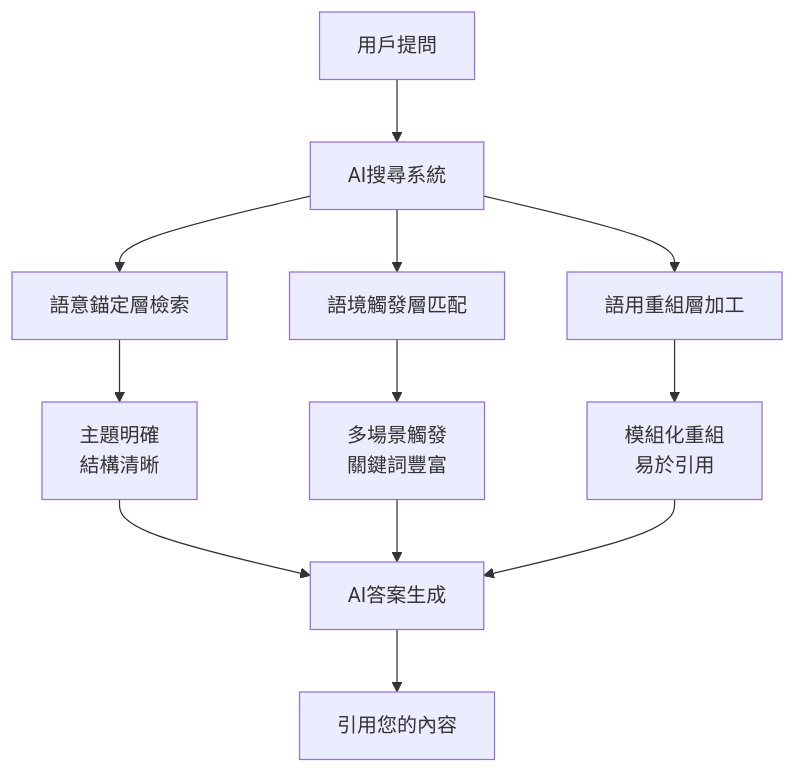
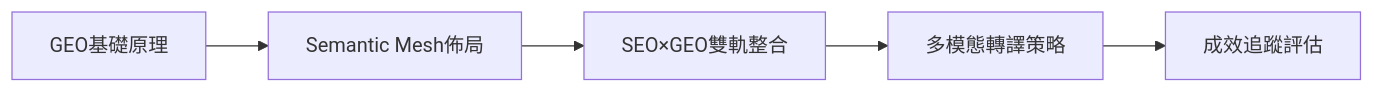
The diagram in README.md (bless25min/AIOGEO-Knowledge), drawn with Mermaid before and after one commit. The commit also changed other lines of this file, not shown here.

````diff
--- a/README.md
+++ b/README.md
@@ -43,17 +58,7 @@
 ```mermaid
-graph TB
-    A[用戶提問] --> B[AI搜尋系統]
-    B --> C[語意錨定層檢索]
-    B --> D[語境觸發層匹配]  
-    B --> E[語用重組層加工]
-    
-    C --> C1[主題明確<br/>結構清晰]
-    D --> D1[多場景觸發<br/>關鍵詞豐富]
-    E --> E1[模組化重組<br/>易於引用]
-    
-    C1 --> F[AI答案生成]
-    D1 --> F
-    E1 --> F
-    
-    F --> G[引用您的內容]
+graph LR
+    A[GEO基礎原理] --> B[Semantic Mesh佈局]
+    B --> C[SEO×GEO雙軌整合]
+    C --> D[多模態轉譯策略]
+    D --> E[成效追蹤評估]
 ```
````
